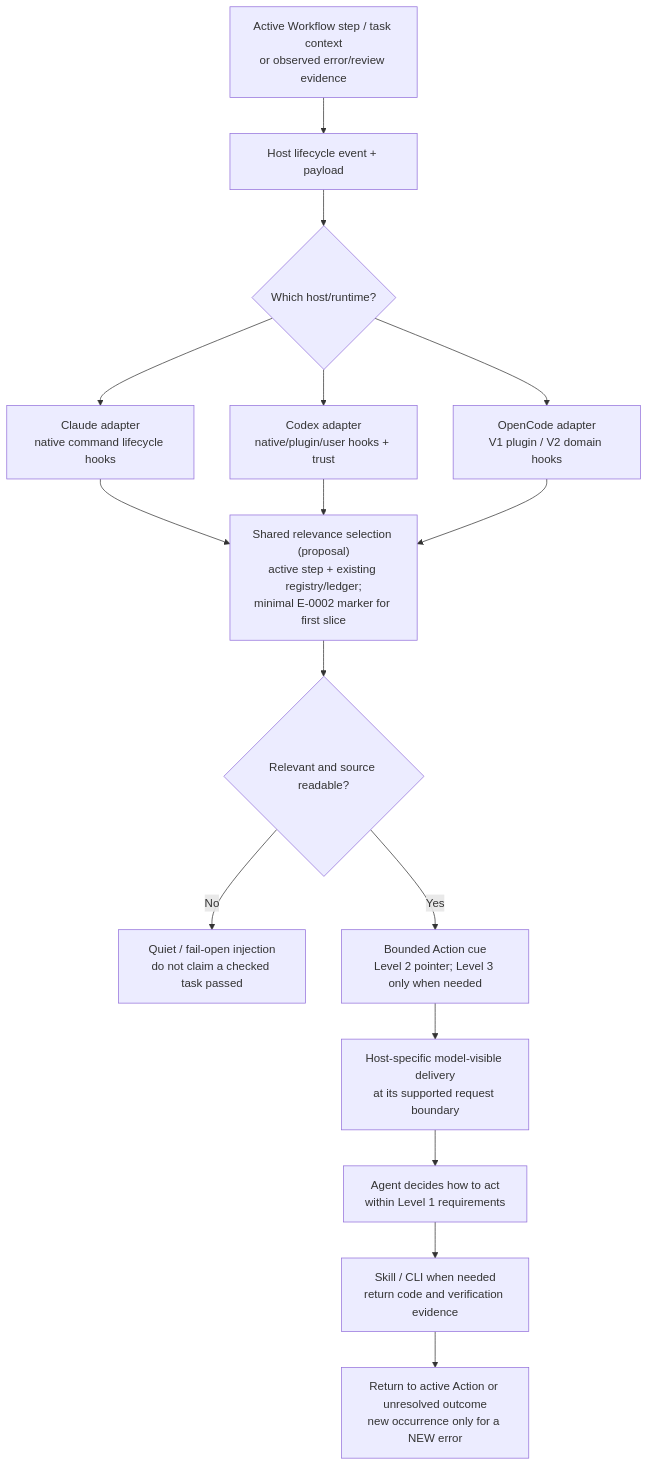
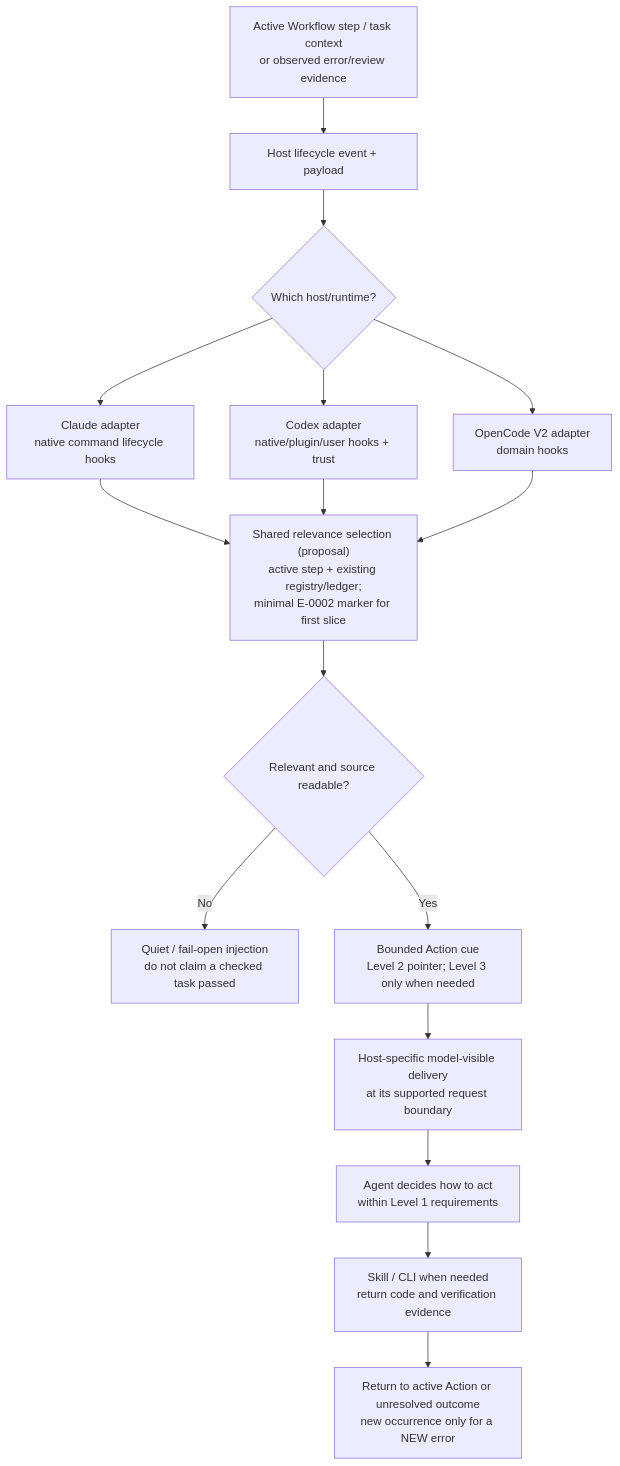
The second of 4 diagrams in docs/discussions/error-hook-framework/README.md (dyphn1/Harness-everything), drawn with Mermaid before and after one commit. The commit also changed other lines of this file, not shown here.

Commit message:
docs(hooks): add shared diagram showing Capture → Triage Reviewer → Identify, with Level 2 local retry (#439)

````diff
--- a/docs/discussions/error-hook-framework/README.md
+++ b/docs/discussions/error-hook-framework/README.md
@@ -33,18 +56,18 @@
 ```mermaid
 flowchart TD
     WF["Active Workflow step / task context<br/>or observed error/review evidence"] --> EVENT["Host lifecycle event + payload"]
     EVENT --> HOST{"Which host/runtime?"}
     HOST --> CLAUDE["Claude adapter<br/>native command lifecycle hooks"]
     HOST --> CODEX["Codex adapter<br/>native/plugin/user hooks + trust"]
-    HOST --> OPEN["OpenCode adapter<br/>V1 plugin / V2 domain hooks"]
+    HOST --> OPEN["OpenCode V2 adapter<br/>domain hooks"]
     CLAUDE --> SELECT["Shared relevance selection (proposal)<br/>active step + existing registry/ledger;<br/>minimal E-0002 marker for first slice"]
     CODEX --> SELECT
     OPEN --> SELECT
     SELECT --> MATCH{"Relevant and source readable?"}
     MATCH -->|No| SILENT["Quiet / fail-open injection<br/>do not claim a checked task passed"]
     MATCH -->|Yes| CUE["Bounded Action cue<br/>Level 2 pointer; Level 3 only when needed"]
     CUE --> DELIVERY["Host-specific model-visible delivery<br/>at its supported request boundary"]
     DELIVERY --> AGENT["Agent decides how to act<br/>within Level 1 requirements"]
     AGENT --> EXEC["Skill / CLI when needed<br/>return code and verification evidence"]
     EXEC --> FLOW["Return to active Action or unresolved outcome<br/>new occurrence only for a NEW error"]
 ```
````
